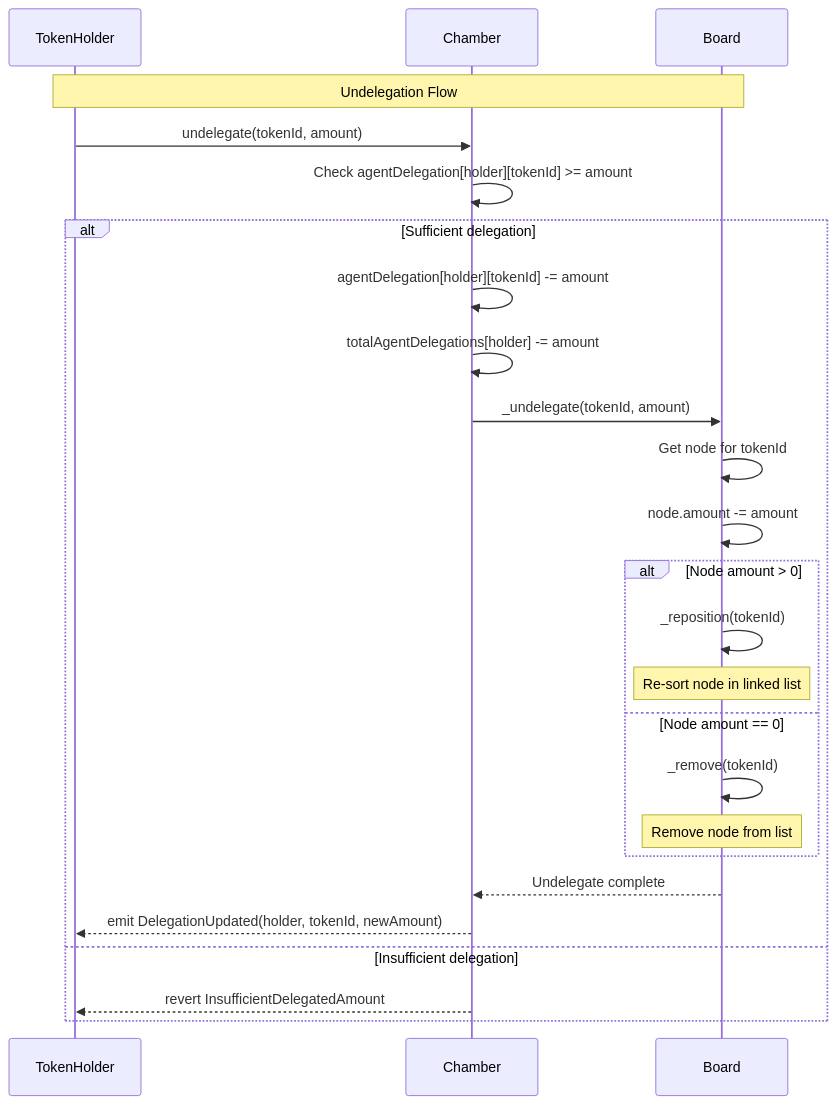
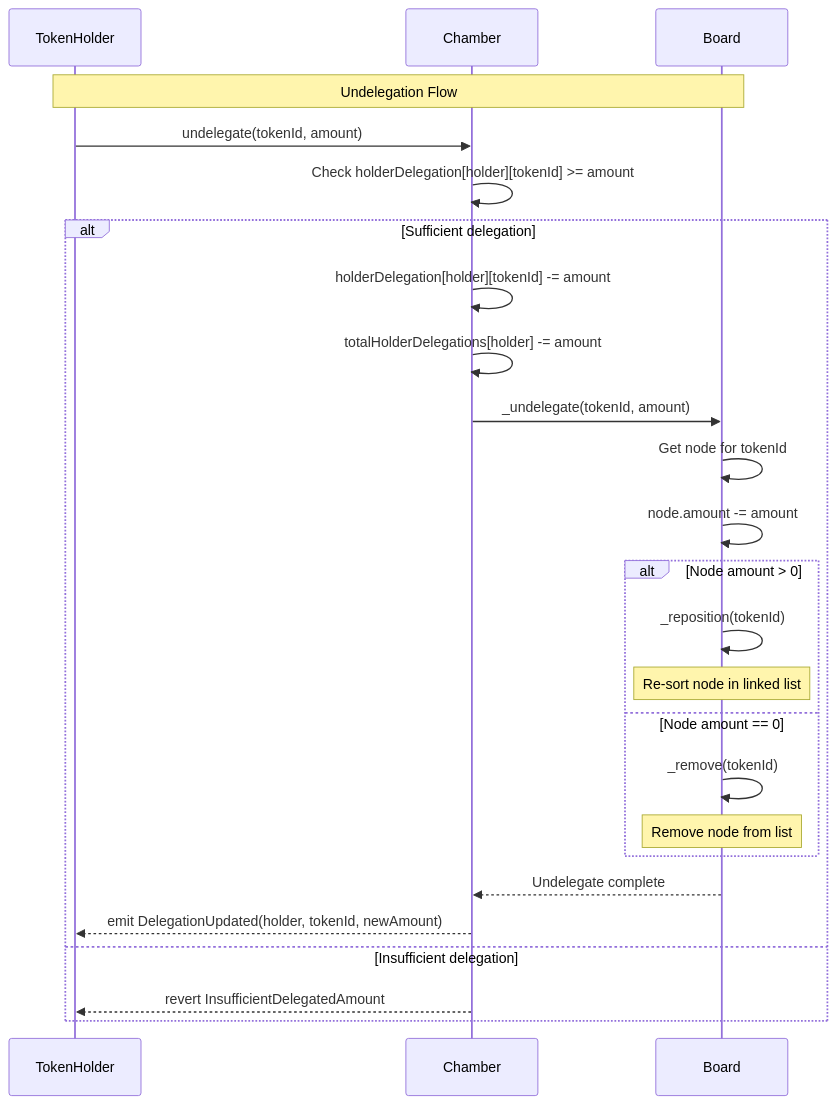
One commit to loreum-org/chamber changed diagram 11 of 11 in app/src/docs/reference/sequence-diagrams.md. Above: the diagram before and after it, drawn with Mermaid. The commit also changed other lines of this file and 14 other files, not shown here.

````diff
--- a/app/src/docs/reference/sequence-diagrams.md
+++ b/app/src/docs/reference/sequence-diagrams.md
@@ -645,35 +639,35 @@
 ```mermaid
 sequenceDiagram
     participant TokenHolder
     participant Chamber
     participant Board
 
     Note over TokenHolder,Board: Undelegation Flow
 
     TokenHolder->>Chamber: undelegate(tokenId, amount)
-    
-    Chamber->>Chamber: Check agentDelegation[holder][tokenId] >= amount
-    
+
+    Chamber->>Chamber: Check holderDelegation[holder][tokenId] >= amount
+
     alt Sufficient delegation
-        Chamber->>Chamber: agentDelegation[holder][tokenId] -= amount
-        Chamber->>Chamber: totalAgentDelegations[holder] -= amount
+        Chamber->>Chamber: holderDelegation[holder][tokenId] -= amount
+        Chamber->>Chamber: totalHolderDelegations[holder] -= amount
         
         Chamber->>Board: _undelegate(tokenId, amount)
         
         Board->>Board: Get node for tokenId
         Board->>Board: node.amount -= amount
         
         alt Node amount > 0
             Board->>Board: _reposition(tokenId)
             Note over Board: Re-sort node in linked list
         else Node amount == 0
             Board->>Board: _remove(tokenId)
             Note over Board: Remove node from list
         end
         
         Board-->>Chamber: Undelegate complete
         Chamber-->>TokenHolder: emit DelegationUpdated(holder, tokenId, newAmount)
     else Insufficient delegation
         Chamber-->>TokenHolder: revert InsufficientDelegatedAmount
     end
 ```
````
